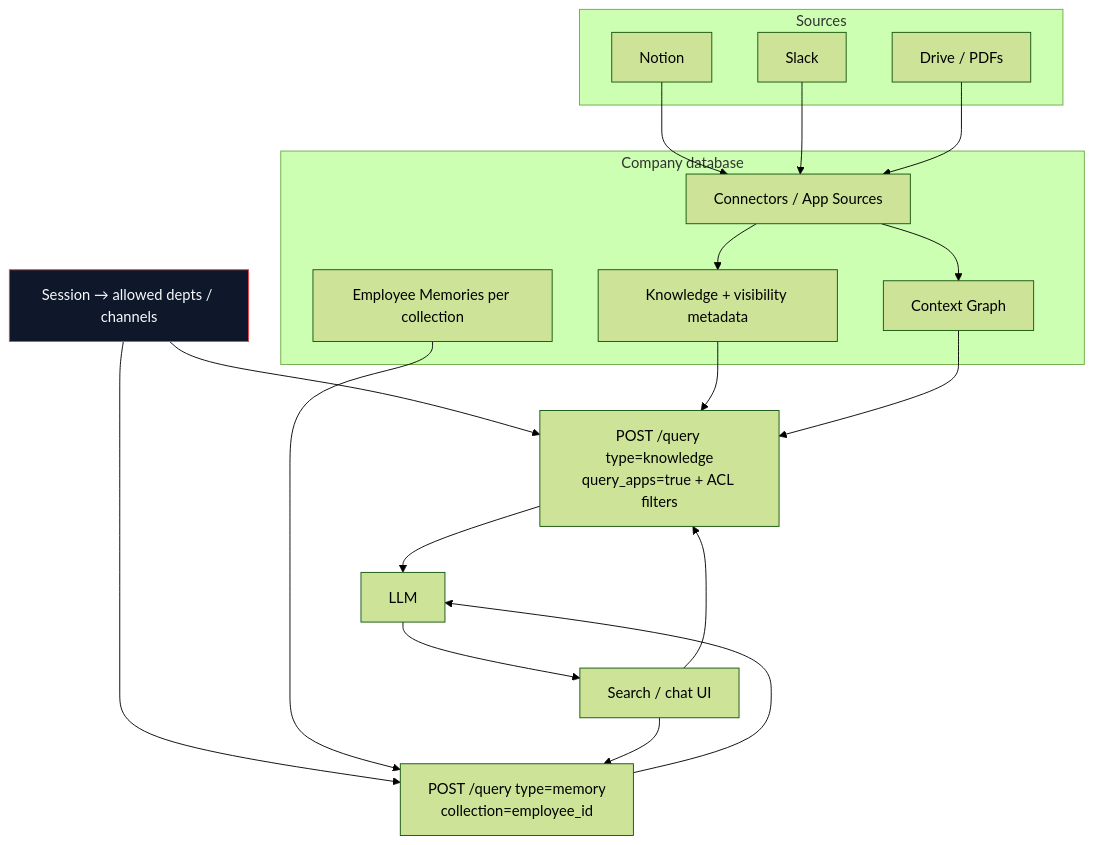
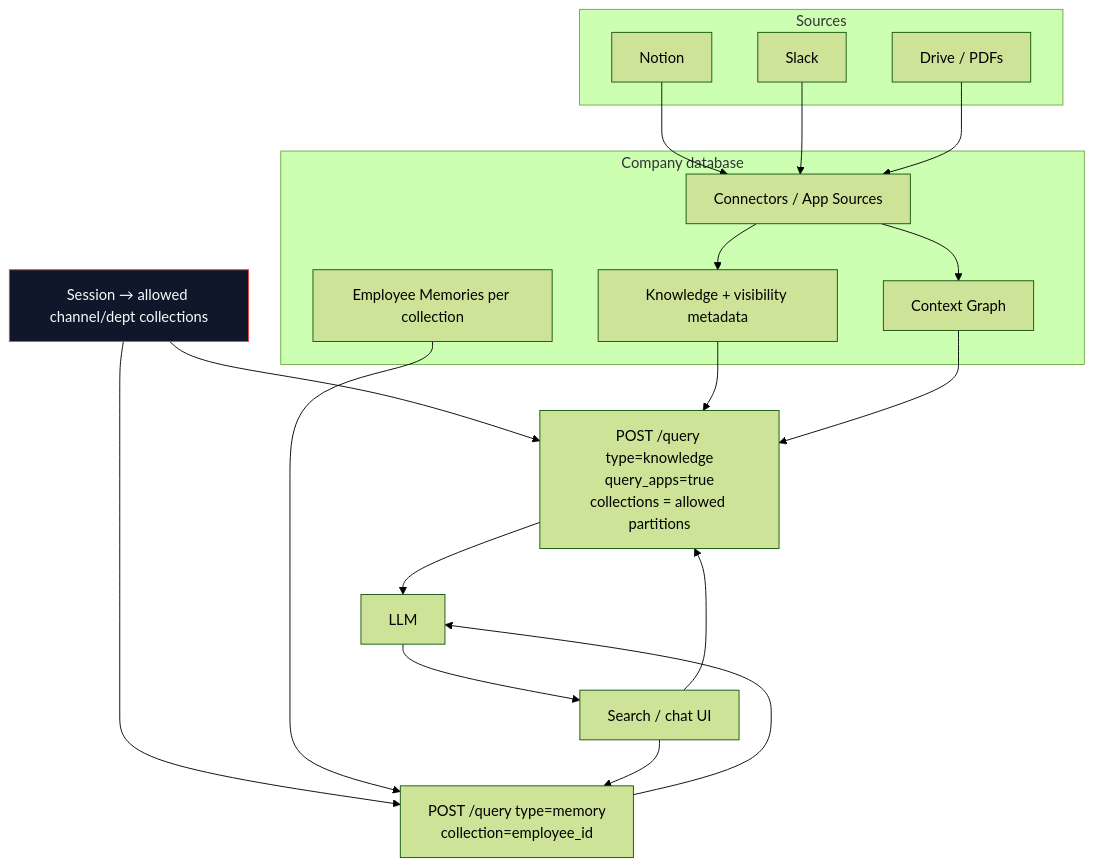
One commit to hydra-db/mintlify-docs changed the seventh of 8 diagrams in essentials/v2/context-architecture/reference-architectures.mdx. Above: the diagram before and after it, drawn with Mermaid (forest theme). The commit also changed other lines of this file and 2 other files, not shown here.

First line of the commit message:
docs(v2): document implementable multi-channel Slack ACL patterns

````diff
--- a/essentials/v2/context-architecture/reference-architectures.mdx
+++ b/essentials/v2/context-architecture/reference-architectures.mdx
@@ -189,37 +211,37 @@
 ```mermaid
 flowchart TB
   subgraph Sources
     N[Notion]
     S[Slack]
     D[Drive / PDFs]
   end
 
   subgraph HydraDB["Company database"]
     Conn[Connectors / App Sources]
     K[Knowledge + visibility metadata]
     G[Context Graph]
     M[Employee Memories per collection]
   end
 
-  AuthZ["Session → allowed depts / channels"]
-  QK["POST /query type=knowledge<br/>query_apps=true + ACL filters"]
+  AuthZ["Session → allowed channel/dept collections"]
+  QK["POST /query type=knowledge<br/>query_apps=true<br/>collections = allowed partitions"]
   QM["POST /query type=memory<br/>collection=employee_id"]
   UI["Search / chat UI"]
   LLM["LLM"]
 
   N --> Conn
   S --> Conn
   D --> Conn
   Conn --> K
   Conn --> G
   AuthZ --> QK
   AuthZ --> QM
   K --> QK
   G --> QK
   M --> QM
   UI --> QK --> LLM
   UI --> QM --> LLM
   LLM --> UI
 
   style AuthZ fill:#0f172a,stroke:#ef4444,color:#f8fafc
 ```
````
